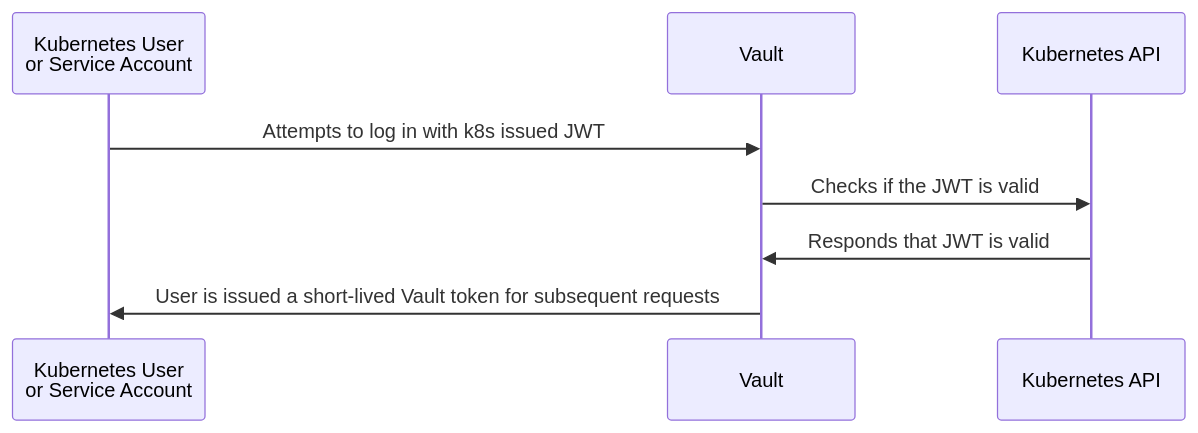
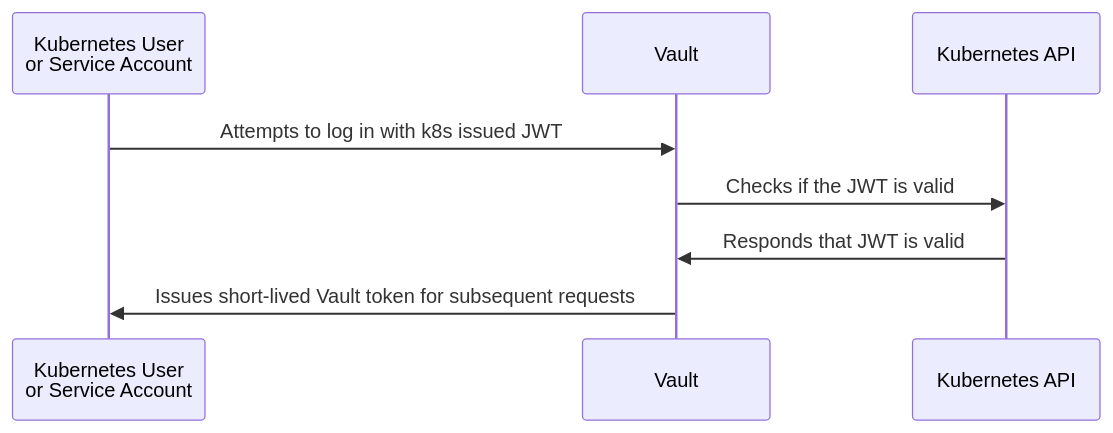
Before and after one commit to hello-world-vault/.github: the diagram in vault-101.md, drawn with Mermaid.

Commit message:
Shorten diagram action so it fits between the lines

````diff
--- a/vault-101.md
+++ b/vault-101.md
@@ -64,11 +64,11 @@
 ```mermaid
 sequenceDiagram
     participant User as Kubernetes User<br />or Service Account
     participant Vault
     participant K8s as Kubernetes API
 
     User->>Vault: Attempts to log in with k8s issued JWT
     Vault->>K8s: Checks if the JWT is valid
     K8s->>Vault: Responds that JWT is valid
-    Vault->>User: User is issued a short-lived Vault token for subsequent requests
+    Vault->>User: Issues short-lived Vault token for subsequent requests
 ```
````
